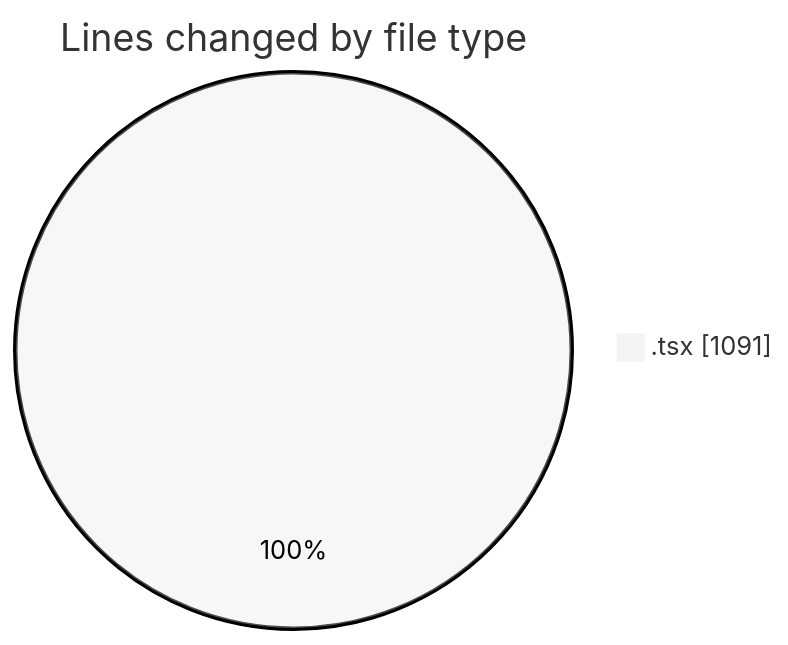
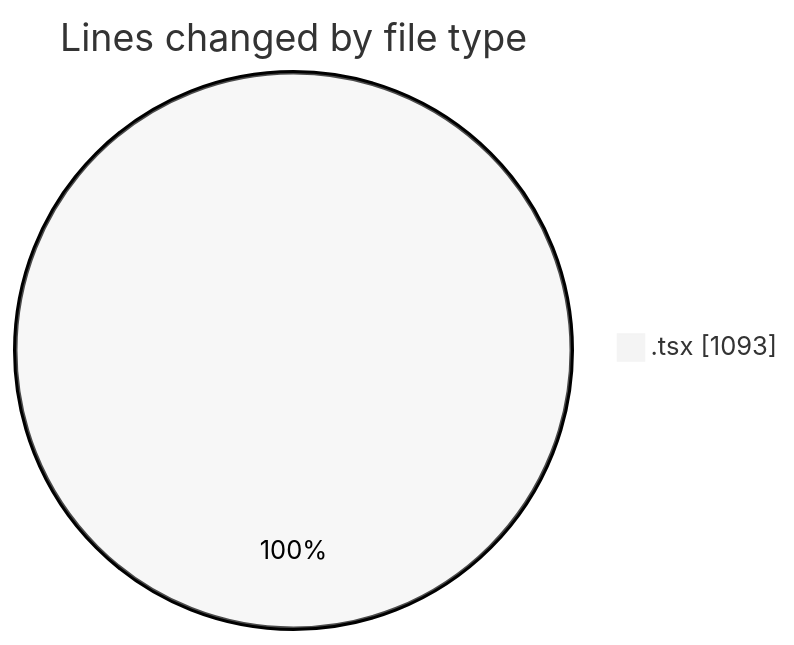
The first of 2 diagrams in 2026-02-02/nxtqube_webapp/README.md (nxtqubesakshisongat/code-tracking), drawn with Mermaid (neutral theme) before and after one commit. The commit also changed other lines of this file and 1 other file, not shown here.

````diff
--- a/2026-02-02/nxtqube_webapp/README.md
+++ b/2026-02-02/nxtqube_webapp/README.md
@@ -22,5 +22,5 @@
 ```mermaid
 pie showData
 title Lines changed by file type
-".tsx" : 1091
+".tsx" : 1093
 ```
````
